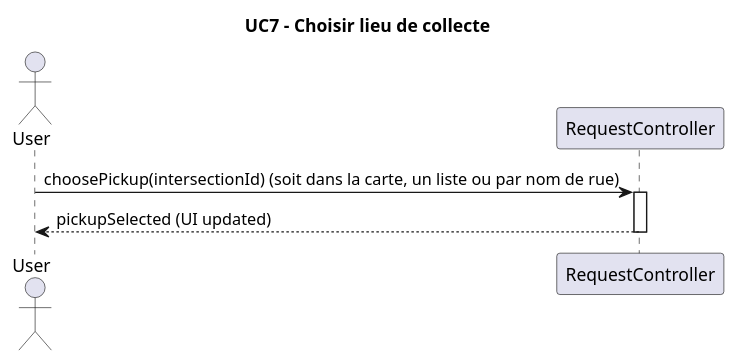
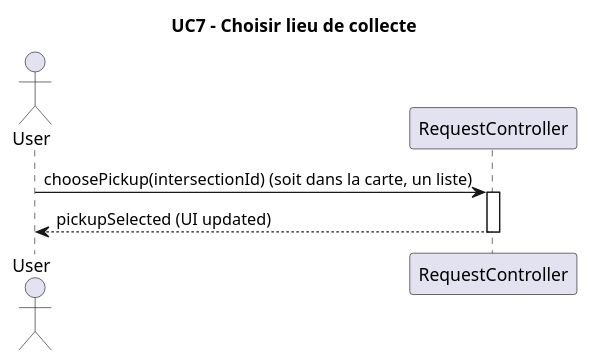
One commit to enzo-dosanjos/Pickup_Delivery_App changed the diagram in diagrams/diagramUC7.plantuml. Above: the diagram before and after it, drawn with PlantUML. The commit also changed 2 other files, not shown here.

```diff
--- a/diagrams/diagramUC7.plantuml
+++ b/diagrams/diagramUC7.plantuml
@@ -1,12 +1,12 @@
 @startuml
 title UC7 - Choisir lieu de collecte
 
 actor User
 participant "RequestController" as RC
 
-User -> RC : choosePickup(intersectionId) (soit dans la carte, un liste ou par nom de rue)
+User -> RC : choosePickup(intersectionId) (soit dans la carte, un liste)
 activate RC
 
 RC --> User : pickupSelected (UI updated)
 deactivate RC
 @enduml
```
